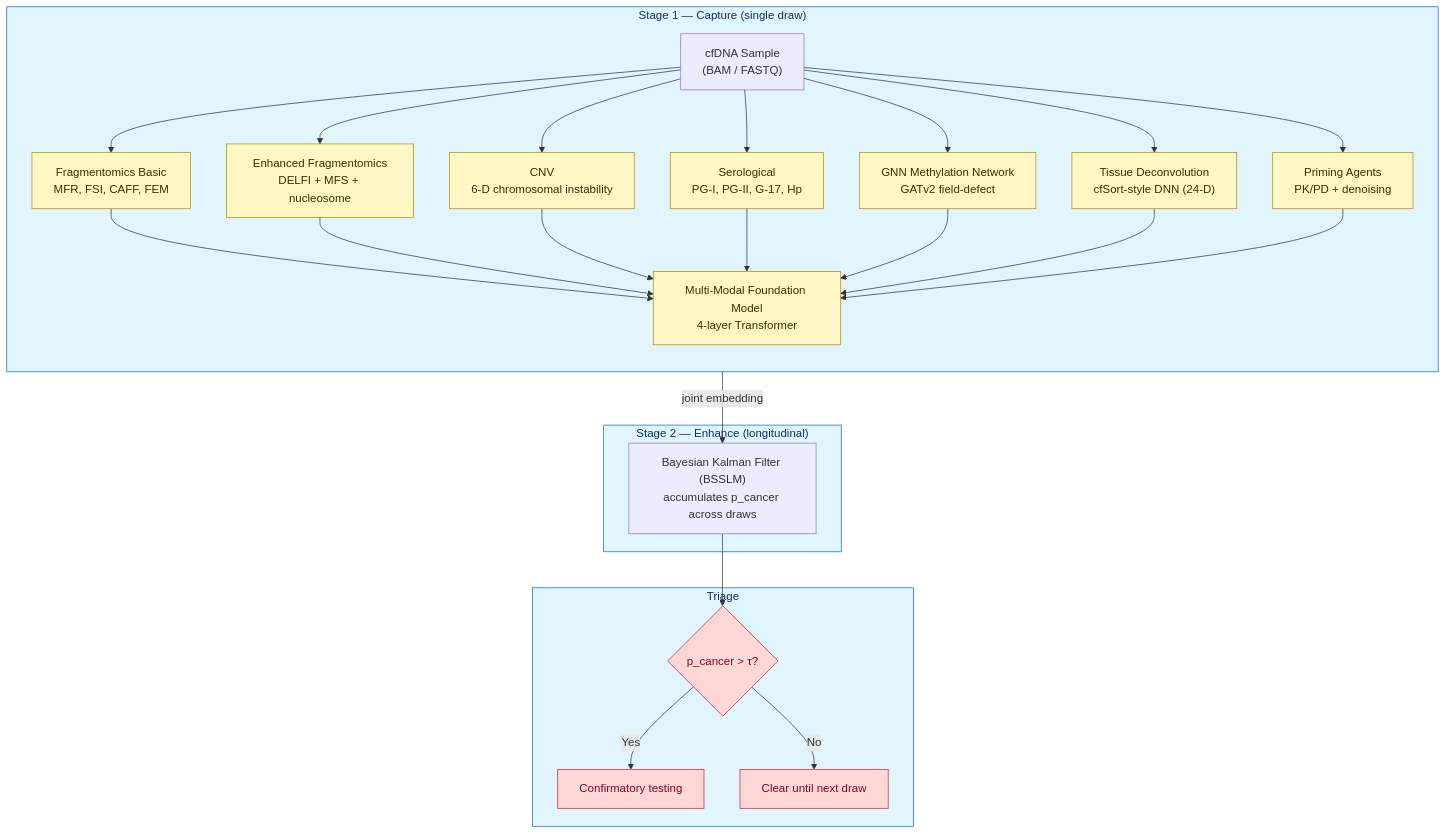
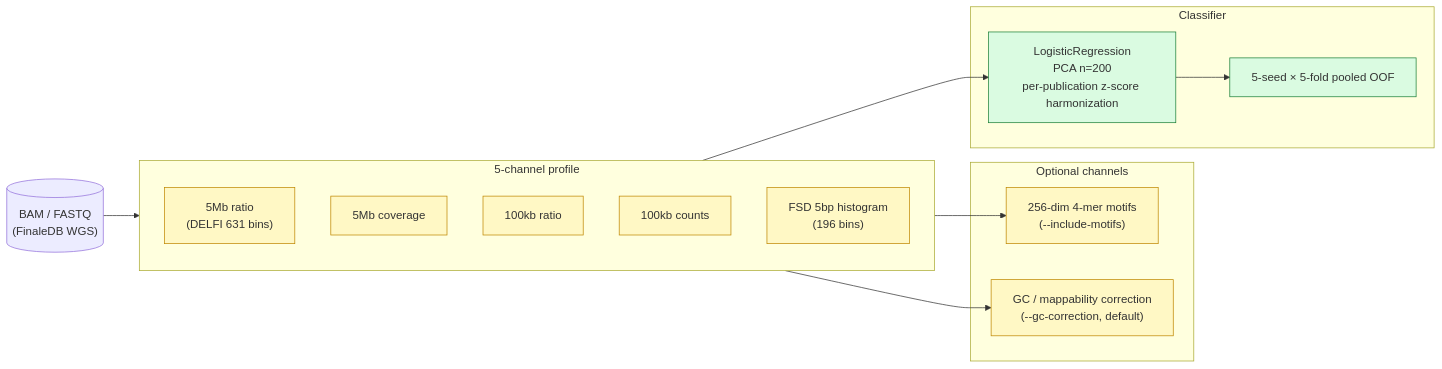
Before and after one commit to rollroyces/deepcatch: the diagram in README.md, drawn with Mermaid. The commit also changed other lines of this file and 15 other files, not shown here.

````diff
--- a/README.md
+++ b/README.md
@@ -80,37 +112,28 @@
 ```mermaid
-flowchart TB
-    Sample["cfDNA Sample<br/>(BAM / FASTQ)"]
-
-    subgraph S1["Stage 1 — Capture (single draw)"]
-        direction TB
-        M1["Fragmentomics Basic<br/>MFR, FSI, CAFF, FEM"]
-        M2["Enhanced Fragmentomics<br/>DELFI + MFS + nucleosome"]
-        M3["CNV<br/>6-D chromosomal instability"]
-        M4["Serological<br/>PG-I, PG-II, G-17, Hp"]
-        M5["GNN Methylation Network<br/>GATv2 field-defect"]
-        M6["Tissue Deconvolution<br/>cfSort-style DNN (24-D)"]
-        M7["Priming Agents<br/>PK/PD + denoising"]
-        FM["Multi-Modal Foundation Model<br/>4-layer Transformer"]
-        Sample --> M1 & M2 & M3 & M4 & M5 & M6 & M7
-        M1 & M2 & M3 & M4 & M5 & M6 & M7 --> FM
+flowchart LR
+    BAM[("BAM / FASTQ<br/>(FinaleDB WGS)")]
+    subgraph S1["5-channel profile"]
+        M1["5Mb ratio<br/>(DELFI 631 bins)"]
+        M2["5Mb coverage"]
+        M3["100kb ratio"]
+        M4["100kb counts"]
+        M5["FSD 5bp histogram<br/>(196 bins)"]
     end
-
-    subgraph S2["Stage 2 — Enhance (longitudinal)"]
-        KF["Bayesian Kalman Filter (BSSLM)<br/>accumulates p_cancer across draws"]
-        FM -->|joint embedding| KF
+    subgraph S2["Optional channels"]
+        M6["256-dim 4-mer motifs<br/>(--include-motifs)"]
+        M7["GC / mappability correction<br/>(--gc-correction, default)"]
     end
-
-    subgraph S3["Triage"]
-        THR{"p_cancer > τ?"}
-        KF --> THR
-        THR -->|Yes| CONF["Confirmatory testing"]
-        THR -->|No| RET["Clear until next draw"]
+    subgraph S3["Classifier"]
+        LR["LogisticRegression<br/>PCA n=200<br/>per-publication z-score harmonization"]
+        OOF["5-seed × 5-fold pooled OOF"]
     end
-
-    classDef stage fill:#e1f5ff,stroke:#0969da,color:#0a3069
-    classDef mod fill:#fff8c5,stroke:#bf8700,color:#3d2c00
-    classDef decision fill:#ffd7d5,stroke:#cf222e,color:#82071e
-    class S1,S2,S3 stage
-    class M1,M2,M3,M4,M5,M6,M7,FM mod
-    class THR,CONF,RET decision
+    BAM --> S1
+    S1 --> M6
+    S1 --> M7
+    S1 --> LR
+    LR --> OOF
+    classDef mod fill:#fff8c5,stroke:#bf8700
+    classDef clf fill:#dafbe1,stroke:#1a7f37
+    class M1,M2,M3,M4,M5,M6,M7 mod
+    class LR,OOF clf
 ```
````
